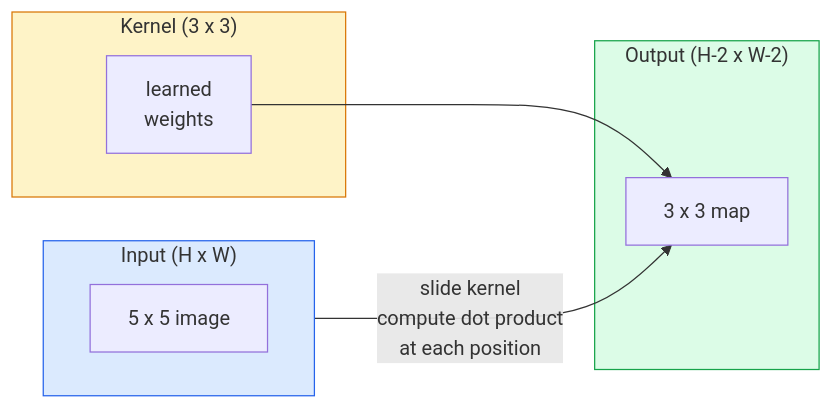
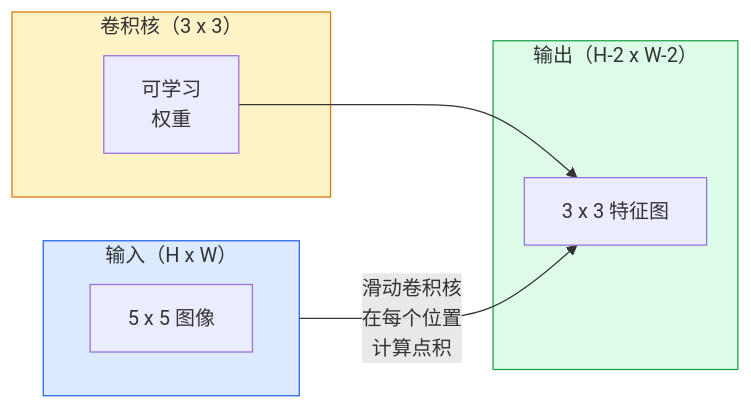
Before and after one commit to JerryC8080/ai-engineering-from-scratch-zh: the first of 2 diagrams in phases/04-computer-vision/02-convolutions-from-scratch/docs/zh.md, drawn with Mermaid. The commit also changed other lines of this file and 156 other files, not shown here.

First line of the commit message:
i18n(zh): translate mermaid diagram labels in 157 lesson zh.md

````diff
--- a/phases/04-computer-vision/02-convolutions-from-scratch/docs/zh.md
+++ b/phases/04-computer-vision/02-convolutions-from-scratch/docs/zh.md
@@ -33,19 +33,19 @@
 ```mermaid
 flowchart LR
-    subgraph IN["Input (H x W)"]
+    subgraph IN["输入（H x W）"]
         direction LR
-        I1["5 x 5 image"]
+        I1["5 x 5 图像"]
     end
-    subgraph K["Kernel (3 x 3)"]
-        K1["learned<br/>weights"]
+    subgraph K["卷积核（3 x 3）"]
+        K1["可学习<br/>权重"]
     end
-    subgraph OUT["Output (H-2 x W-2)"]
-        O1["3 x 3 map"]
+    subgraph OUT["输出（H-2 x W-2）"]
+        O1["3 x 3 特征图"]
     end
-    I1 --> |"slide kernel<br/>compute dot product<br/>at each position"| O1
+    I1 --> |"滑动卷积核<br/>在每个位置<br/>计算点积"| O1
     K1 --> O1
 
     style IN fill:#dbeafe,stroke:#2563eb
     style K fill:#fef3c7,stroke:#d97706
     style OUT fill:#dcfce7,stroke:#16a34a
 ```
````
